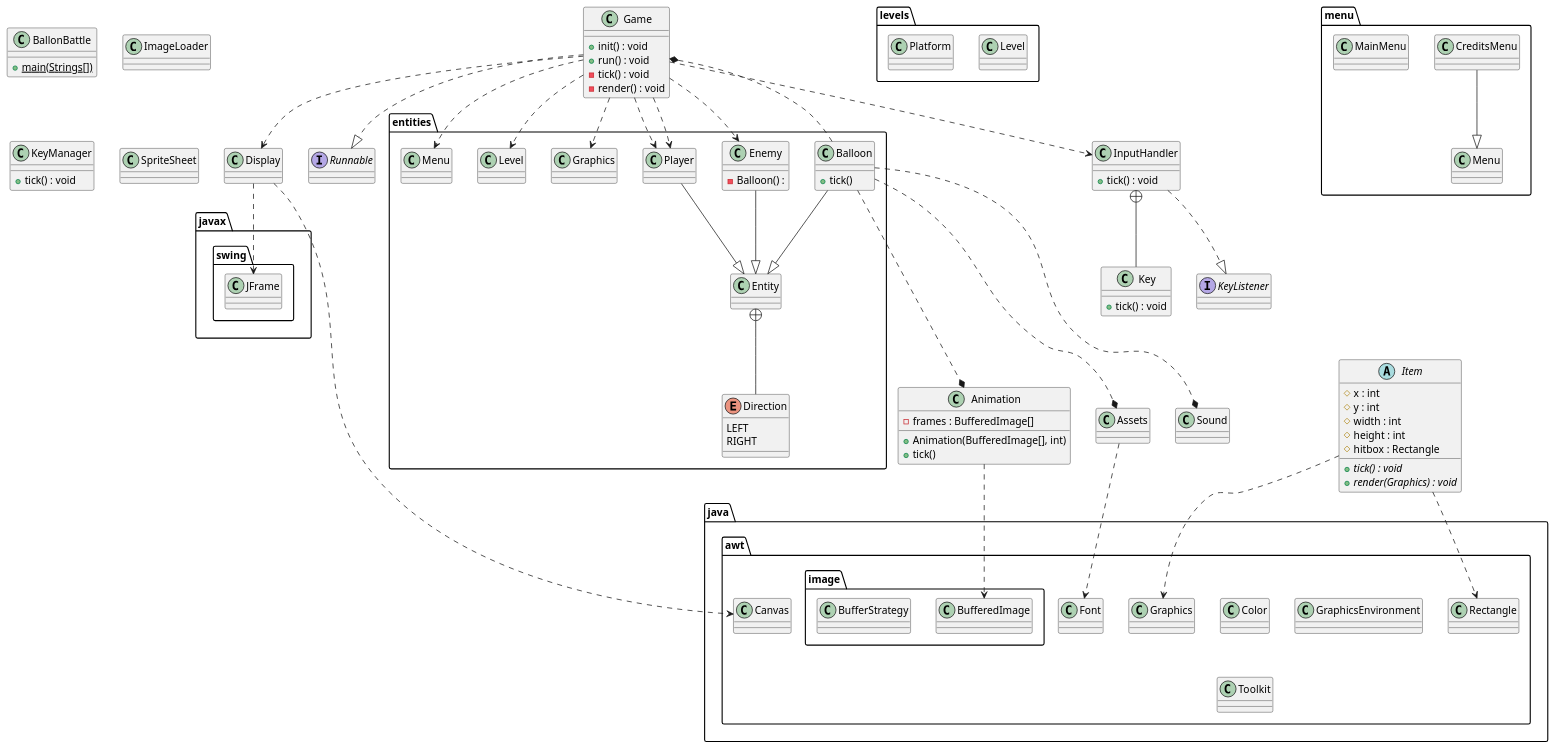
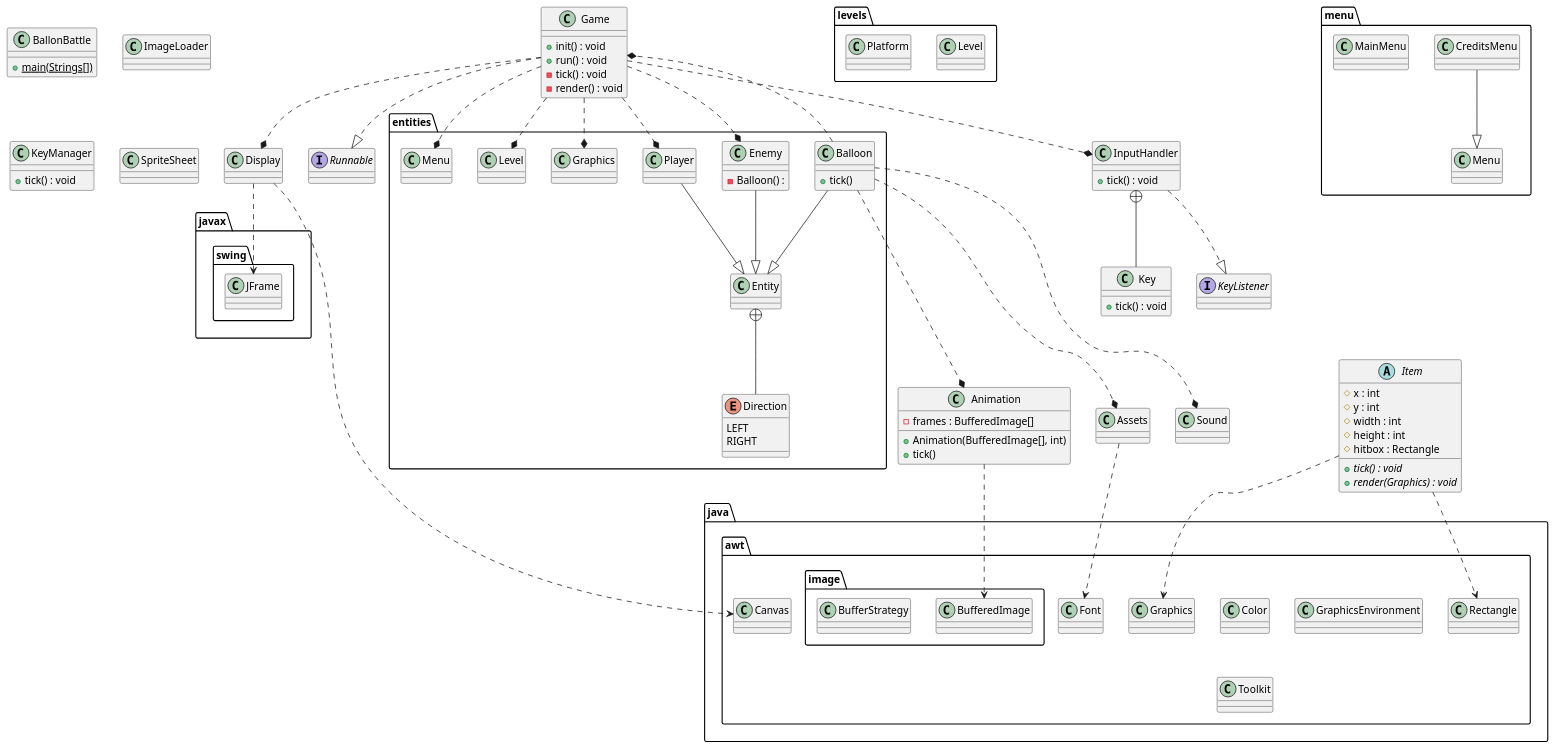
The diagram in doc/1-UML.puml (carl-stewart/balloon-battle), drawn with PlantUML before and after one commit.

Commit message:
first draft

```diff
--- a/doc/1-UML.puml
+++ b/doc/1-UML.puml
@@ -1,137 +1,136 @@
 @startuml
 'https://plantuml.com/class-diagram
 
 class Animation {
 -frames : BufferedImage[]
 +Animation(BufferedImage[], int)
 +tick()
 }
 
 class Assets {}
 
 class BallonBattle {
 {static}+main(Strings[])
 }
 
 class Display {}
 
 class Game {
 +init() : void
 +run() : void
 -tick() : void
 -render() : void
 }
 Game ..|> Runnable
 
 interface Runnable {}
 
 class ImageLoader {}
 class InputHandler {
 +tick() : void
 }
 InputHandler +-- Key
 class Key {
 +tick() : void
 }
 
 InputHandler ..|> KeyListener
 interface KeyListener {}
 
 abstract class Item {
 	# x : int
 	# y : int
 	# width : int
 	# height : int
    	# hitbox : Rectangle
     {abstract} + tick() : void
     {abstract} + render(Graphics) : void
 
 }
 
 
 class KeyManager {
 + tick() : void
 }
 class Sound {}
 class SpriteSheet {}
 
 package entities {
 
 class Balloon {
 +tick()
 }
 Balloon --|> Entity
 Enemy --|> Entity
 Player --|> Entity
 Balloon ...* Animation
 Balloon ...* Assets
 Balloon ...* Game
 Balloon ...* Sound
 
 class Enemy {
     - Balloon() :
 }
 class Entity {}
 
 Entity +-- Direction
-Game ..> Enemy
-Game ..> Player
-Game ..> Graphics
-Game ..> Display
-Game ..> Level
-Game ...> Menu
-Game ..> InputHandler
-Game ..> Player
+Game ..* Enemy
+Game ..* Player
+Game ..* Graphics
+Game ..* Display
+Game ..* Level
+Game ...* Menu
+Game ..* InputHandler
 
 
 enum Direction {
     LEFT
     RIGHT
 }
 
 class Player {}
 }
 
 package levels {
 class Level {}
 class Platform {}
 
 }
 
 package menu {
 class CreditsMenu {}
 class MainMenu {}
 class Menu {}
 CreditsMenu --|> Menu
 }
 
 package java.awt {
 class Canvas
 class Color
 class Font
 class Graphics
 class GraphicsEnvironment
 class Rectangle
 class Toolkit
 
 Assets ..> Font
 
 Item ..> Rectangle
 Item ..> Graphics
 
 package image {
     class BufferedImage
     class BufferStrategy
     Animation ..> BufferedImage
 }
 
 }
 
 package javax.swing {
 class JFrame
 Display ..> JFrame
 Display ..> Canvas
 
 }
 
 @enduml
```
